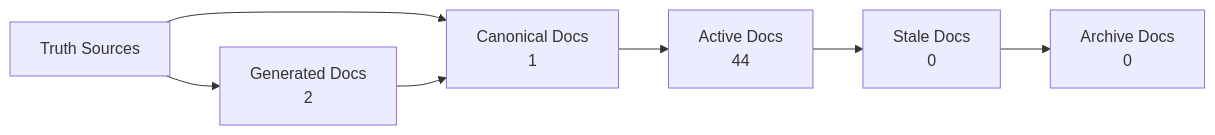
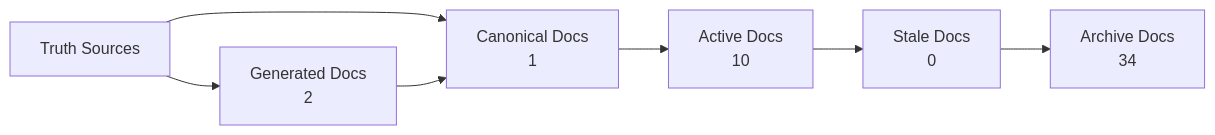
Before and after one commit to Latimer-Woods-Tech/focusbro: the diagram in docs/_generated/docs-trust-map.md, drawn with Mermaid. The commit also changed other lines of this file and 43 other files, not shown here.

````diff
--- a/docs/_generated/docs-trust-map.md
+++ b/docs/_generated/docs-trust-map.md
@@ -20,14 +20,14 @@
 ```mermaid
 flowchart LR
   truth["Truth Sources"] --> canonical["Canonical Docs"]
   canonical --> active["Active Docs"]
   active --> stale["Stale Docs"]
   stale --> archive["Archive Docs"]
   canonical["Canonical Docs\n1"]
-  active["Active Docs\n44"]
+  active["Active Docs\n10"]
   stale["Stale Docs\n0"]
-  archive["Archive Docs\n0"]
+  archive["Archive Docs\n34"]
   generated["Generated Docs\n2"]
   truth --> generated
   generated --> canonical
 ```
````
